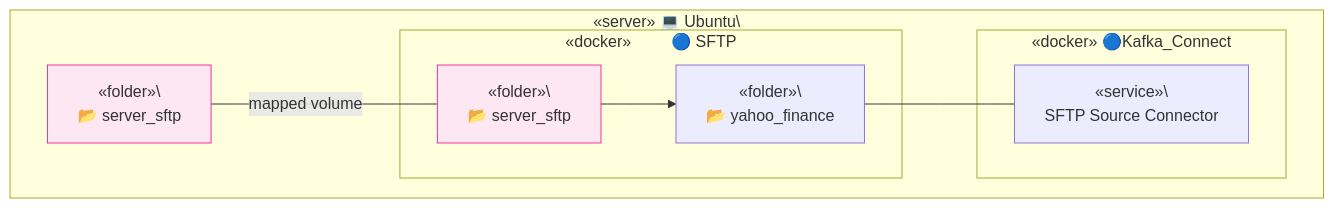
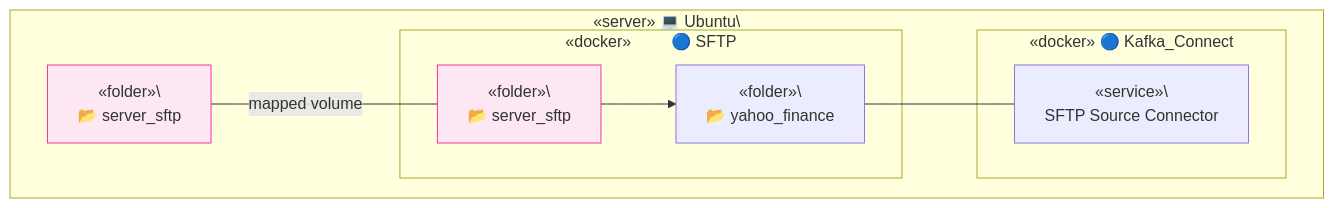
The fifth of 5 diagrams in server_sftp/README.md (TrulyDigital/DATA_STREET), drawn with Mermaid before and after one commit.

Commit message:
feat: server-sftp uptade

````diff
--- a/server_sftp/README.md
+++ b/server_sftp/README.md
@@ -96,24 +96,24 @@
 ```mermaid
 graph TD
     subgraph Container_A [«server» 💻 Ubuntu\<br/>]
         A1[«folder»\<br/> 📂 server_sftp]
         A1:::note_a1
 
         subgraph Container_B [«docker»&nbsp;&nbsp;&nbsp;&nbsp;&nbsp;&nbsp;&nbsp;&nbsp;&nbsp;🔵 SFTP]
             B1[«folder»\<br/> 📂 server_sftp]
             B1:::note_b1
             B2[«folder»\<br/> 📂 yahoo_finance]
         end
 
-        subgraph Container_C [«docker» 🔵Kafka_Connect]
+        subgraph Container_C [«docker» 🔵 Kafka_Connect]
             C1[«service»\<br/> SFTP Source Connector]
         end
 
         A1 -- mapped volume --- B1
         B1 --> B2
         B2 --- C1
 
         classDef note_a1 fill:#fce7f3,stroke:#f6339a,stroke-width:1px;
         classDef note_b1 fill:#fce7f3,stroke:#f6339a,stroke-width:1px;
     end
 ```
````
